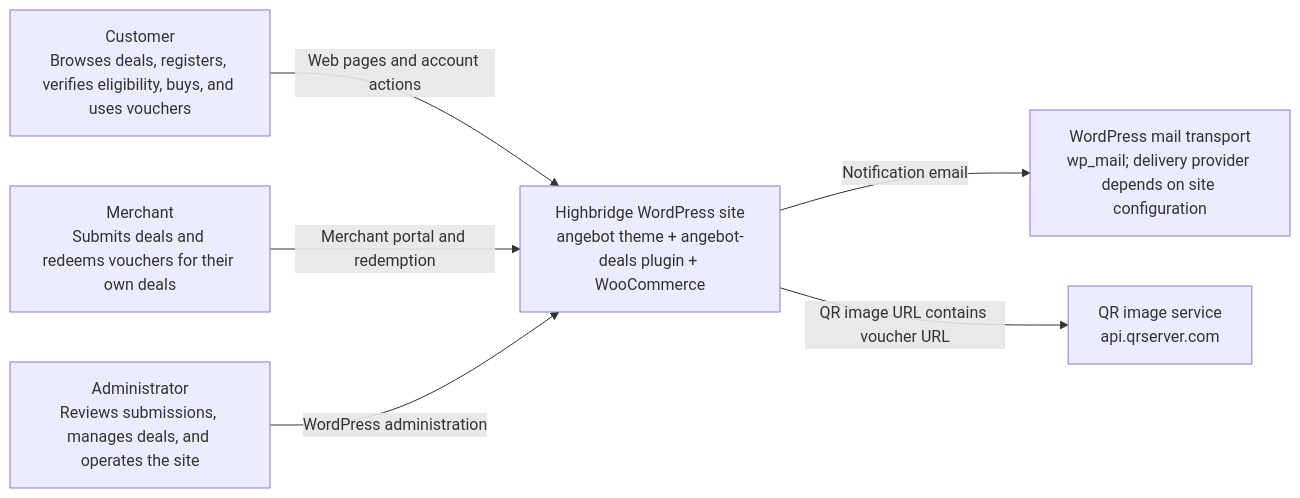
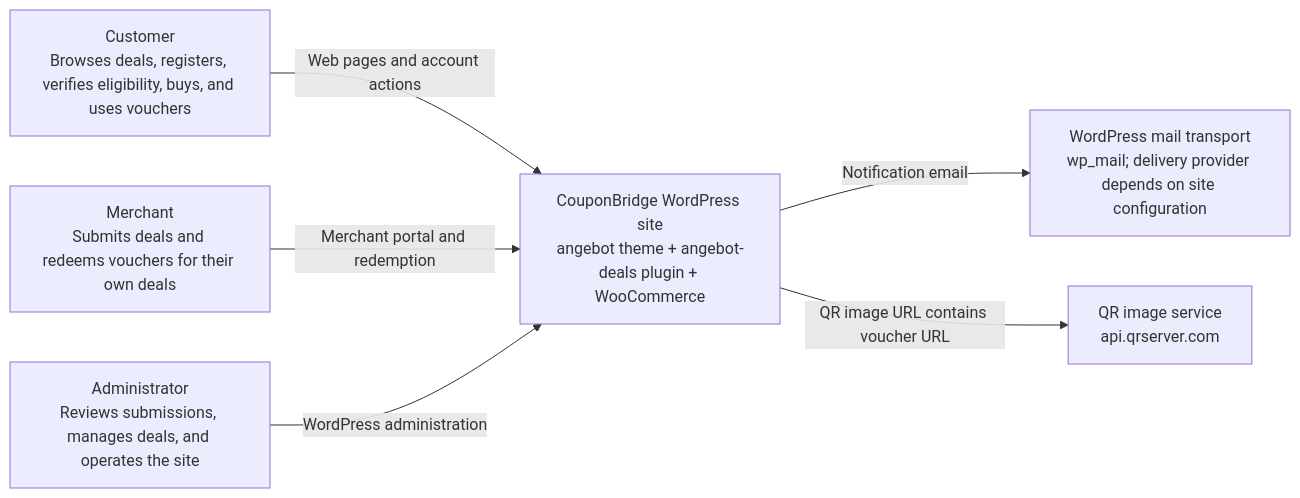
Before and after one commit to 3mothman/couponbridge: the first of 8 diagrams in ARCHITECTURE.md, drawn with Mermaid. The commit also changed other lines of this file and 18 other files, not shown here.

Commit message:
Rename project and website branding to CouponBridge

````diff
--- a/ARCHITECTURE.md
+++ b/ARCHITECTURE.md
@@ -13,15 +13,15 @@
 ```mermaid
 flowchart LR
     Customer["Customer\nBrowses deals, registers, verifies eligibility, buys, and uses vouchers"]
     Merchant["Merchant\nSubmits deals and redeems vouchers for their own deals"]
     Admin["Administrator\nReviews submissions, manages deals, and operates the site"]
-    Site["Highbridge WordPress site\nangebot theme + angebot-deals plugin + WooCommerce"]
+    Site["CouponBridge WordPress site\nangebot theme + angebot-deals plugin + WooCommerce"]
     Mail["WordPress mail transport\nwp_mail; delivery provider depends on site configuration"]
     QR["QR image service\napi.qrserver.com"]
 
     Customer -->|Web pages and account actions| Site
     Merchant -->|Merchant portal and redemption| Site
     Admin -->|WordPress administration| Site
     Site -->|Notification email| Mail
     Site -->|QR image URL contains voucher URL| QR
 ```
````
